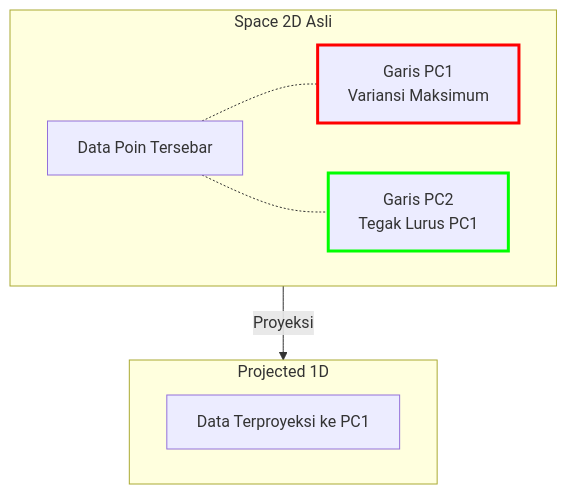
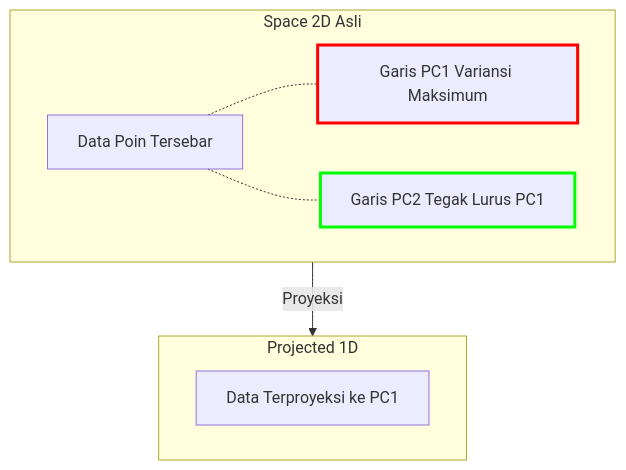
One commit to antonprafanto/dasarAI2026 changed the fifth of 10 diagrams in bab-05-machine-learning.md. Above: the diagram before and after it, drawn with Mermaid. The commit also changed other lines of this file and 3 other files, not shown here.

Commit message:
Fix: Replace br tags in Mermaid diagrams with quoted labels

````diff
--- a/bab-05-machine-learning.md
+++ b/bab-05-machine-learning.md
@@ -343,19 +343,19 @@
 ```mermaid
 graph TD
     subgraph SD [Space 2D Asli]
     Points[Data Poin Tersebar]
-    PC1[Garis PC1<br/>Variansi Maksimum]
-    PC2[Garis PC2<br/>Tegak Lurus PC1]
+    PC1["Garis PC1 Variansi Maksimum"]
+    PC2["Garis PC2 Tegak Lurus PC1"]
     Points -.- PC1
     Points -.- PC2
     end
 
     subgraph PD [Projected 1D]
     Result[Data Terproyeksi ke PC1]
     end
 
     SD -->|Proyeksi| PD
 
     style PC1 stroke:#ff0000,stroke-width:3px
     style PC2 stroke:#00ff00,stroke-width:3px
 ```
````
